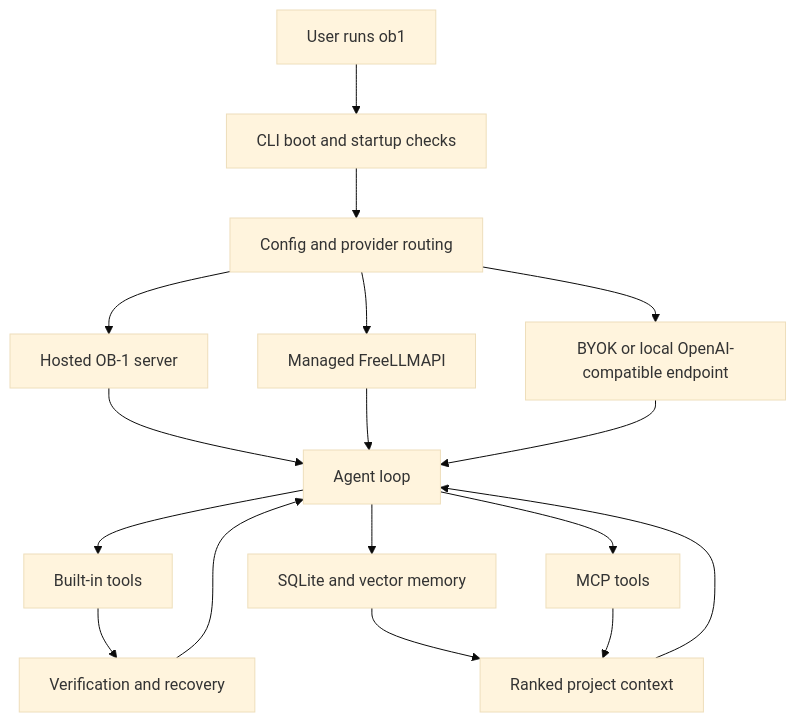
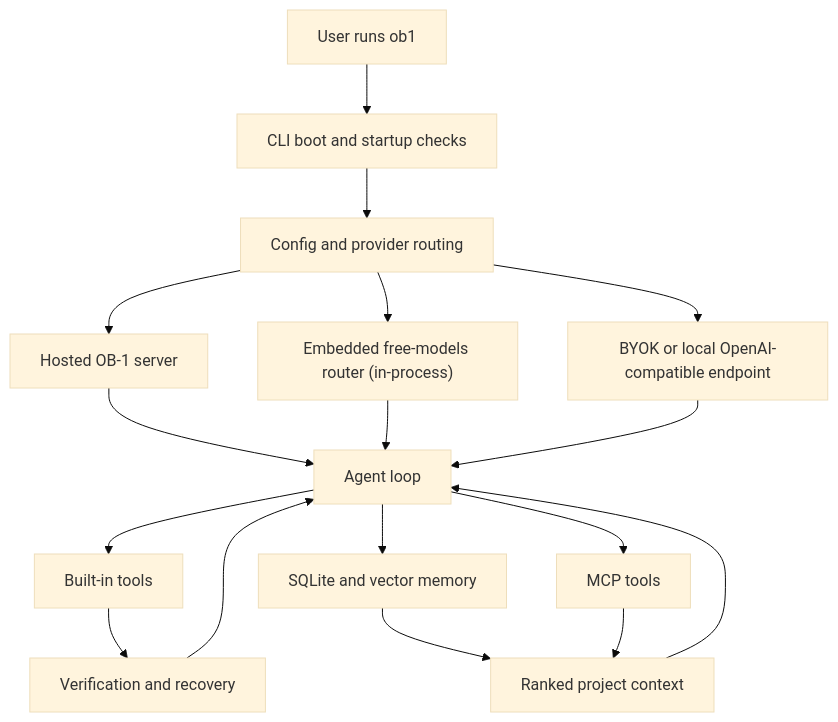
Before and after one commit to Overbrilliant/ob-1: the diagram in docs/ARCHITECTURE.md, drawn with Mermaid (base theme). The commit also changed 62 other files, not shown here.

First line of the commit message:
feat: embedded free-models router — no external FreeLLMAPI service needed

````diff
--- a/docs/ARCHITECTURE.md
+++ b/docs/ARCHITECTURE.md
@@ -8,19 +8,19 @@
 ```mermaid
 flowchart TD
   user["User runs ob1"] --> boot["CLI boot and startup checks"]
   boot --> config["Config and provider routing"]
   config --> hosted["Hosted OB-1 server"]
-  config --> free["Managed FreeLLMAPI"]
+  config --> free["Embedded free-models router (in-process)"]
   config --> byok["BYOK or local OpenAI-compatible endpoint"]
   hosted --> loop["Agent loop"]
   free --> loop
   byok --> loop
   loop --> tools["Built-in tools"]
   loop --> memory["SQLite and vector memory"]
   loop --> mcp["MCP tools"]
   tools --> verify["Verification and recovery"]
   memory --> context["Ranked project context"]
   mcp --> context
   context --> loop
   verify --> loop
 ```
````
